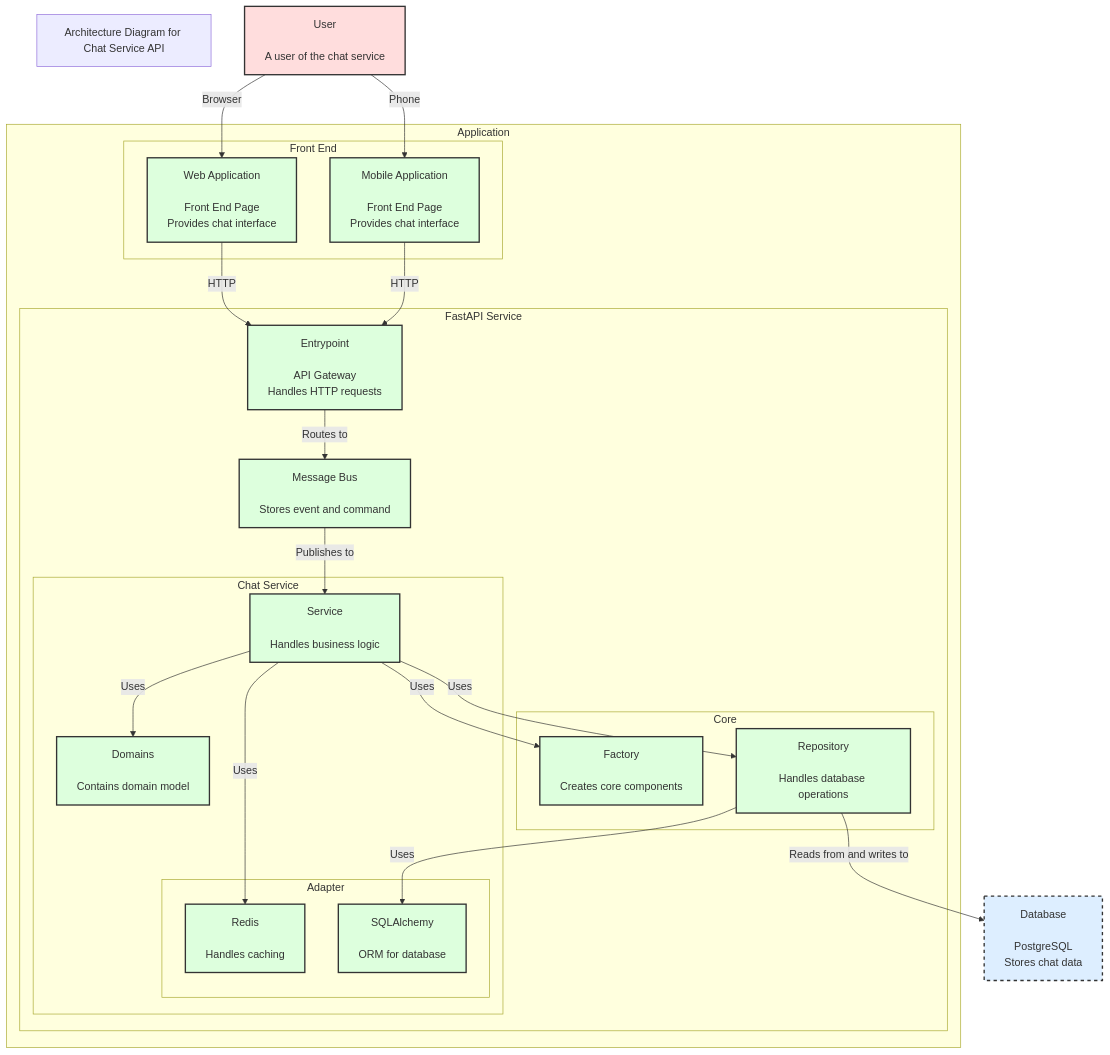
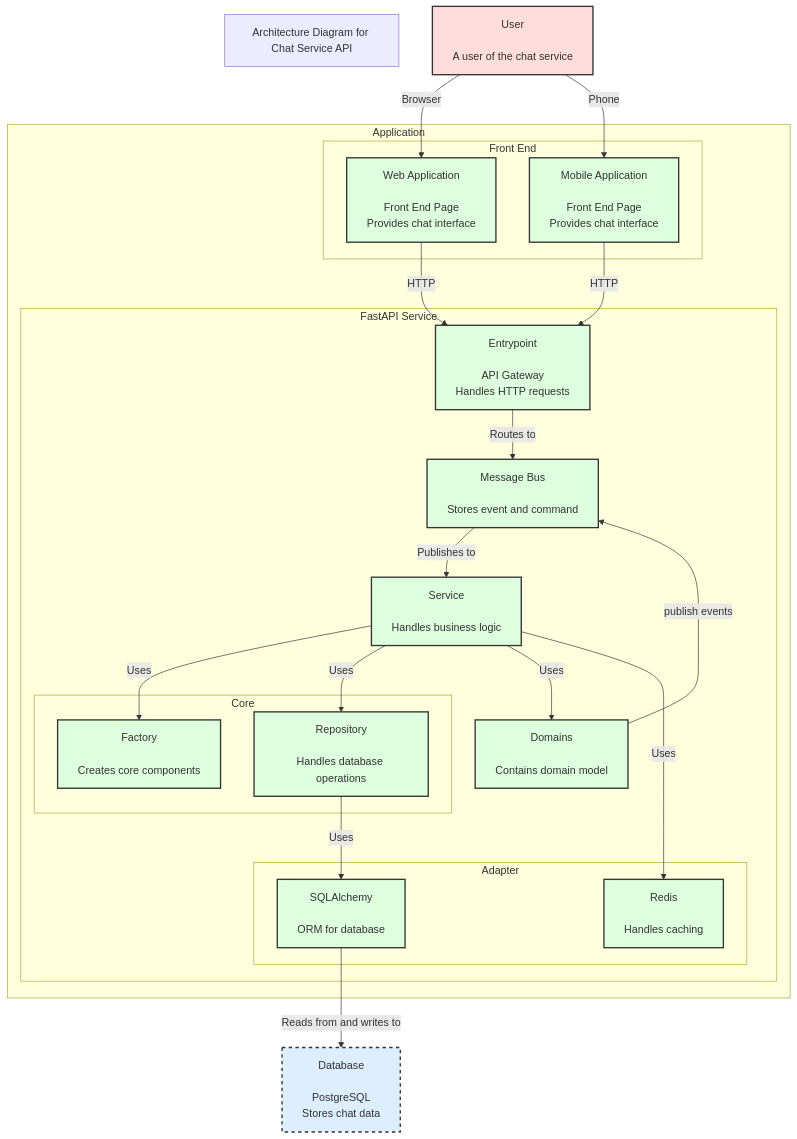
The diagram in docs/c4component.mmd (duchuyvp/skindex-test), drawn with Mermaid before and after one commit.

Commit message:
refactor: Refactor C4 component diagram for Chat Service API
This commit refactors the C4 component diagram for the Chat Service API. It removes the unnecessary "Chat Service" subgraph and reorganizes the components to improve clarity and readability. Additionally, it updates the connections between the components to accurately represent their dependencies. These changes enhance the understanding of the system architecture.

```diff
--- a/docs/c4component.mmd
+++ b/docs/c4component.mmd
@@ -1,52 +1,51 @@
 flowchart TB
     %% Title
     title["Architecture Diagram for Chat Service API"]
     
     %% Define styles
     classDef person fill:#ffdddd,stroke:#333,stroke-width:2px;
     classDef database fill:#ddeeff,stroke:#333,stroke-width:2px,stroke-dasharray: 5;
     classDef container fill:#ddffdd,stroke:#333,stroke-width:2px;
     classDef boundary stroke:#999,stroke-width:2px,stroke-dasharray: 3;
     
     %% Define elements
     user["User\n\nA user of the chat service"]:::person
     database["Database\n\nPostgreSQL\nStores chat data"]:::database
     
     subgraph Application_Boundary["Application"]
         subgraph Front_End["Front End"]
             web_app["Web Application\n\nFront End Page\nProvides chat interface"]:::container
             mobile_app["Mobile Application\n\nFront End Page\nProvides chat interface"]:::container
         end
         subgraph FastAPI_Service["FastAPI Service"]
             api_service["Entrypoint\n\nAPI Gateway\nHandles HTTP requests"]:::container
             message_bus["Message Bus\n\nStores event and command"]:::container
             subgraph Core["Core"]
                 core_factory["Factory\n\nCreates core components"]:::container
                 core_repository["Repository\n\nHandles database operations"]:::container
             end
-            subgraph Chat_Service["Chat Service"]
-                domains["Domains\n\nContains domain model"]:::container
-                subgraph Adapter["Adapter"]
-                    redis["Redis\n\nHandles caching"]:::container
-                    sqlalchemy["SQLAlchemy\n\nORM for database"]:::container
-                end
-                service["Service\n\nHandles business logic"]:::container
+            domains["Domains\n\nContains domain model"]:::container
+            subgraph Adapter["Adapter"]
+                redis["Redis\n\nHandles caching"]:::container
+                sqlalchemy["SQLAlchemy\n\nORM for database"]:::container
             end
+            service["Service\n\nHandles business logic"]:::container
         end
     end
     
  
     %% Define relationships
     user -->|Browser| web_app
     user -->|Phone| mobile_app
     web_app -->|HTTP| api_service
     mobile_app -->|HTTP| api_service
     api_service -->|Routes to| message_bus
 
     message_bus -->|Publishes to| service
     service -->|Uses| core_factory
     service -->|Uses| core_repository
     service -->|Uses| domains
+    domains -->|publish events| message_bus
     service -->|Uses| redis
     core_repository -->|Uses| sqlalchemy
-    core_repository -->|Reads from and writes to| database
+    sqlalchemy -->|Reads from and writes to| database
```
